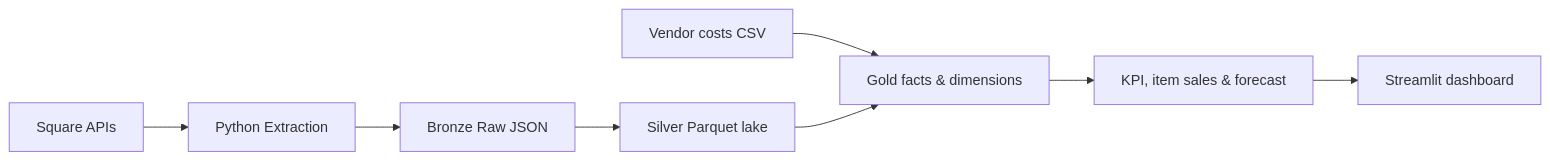
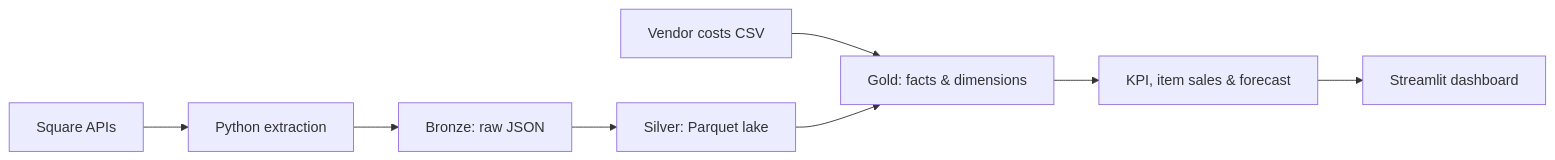
Before and after one commit to christhesyrian/retailpulse-data-platform: the diagram in README.md, drawn with Mermaid. The commit also changed other lines of this file and 7 other files, not shown here.

````diff
--- a/README.md
+++ b/README.md
@@ -27,10 +39,10 @@
 ```mermaid
 flowchart LR
-    A[Square APIs] --> B[Python Extraction]
+    A[Square APIs] --> B[Python extraction]
     V[Vendor costs CSV] --> E
-    B --> C[Bronze Raw JSON]
-    C --> D[Silver Parquet lake]
-    D --> E[Gold facts & dimensions]
+    B --> C[Bronze: raw JSON]
+    C --> D[Silver: Parquet lake]
+    D --> E[Gold: facts & dimensions]
     E --> K[KPI, item sales & forecast]
     K --> F[Streamlit dashboard]
 ```
````
